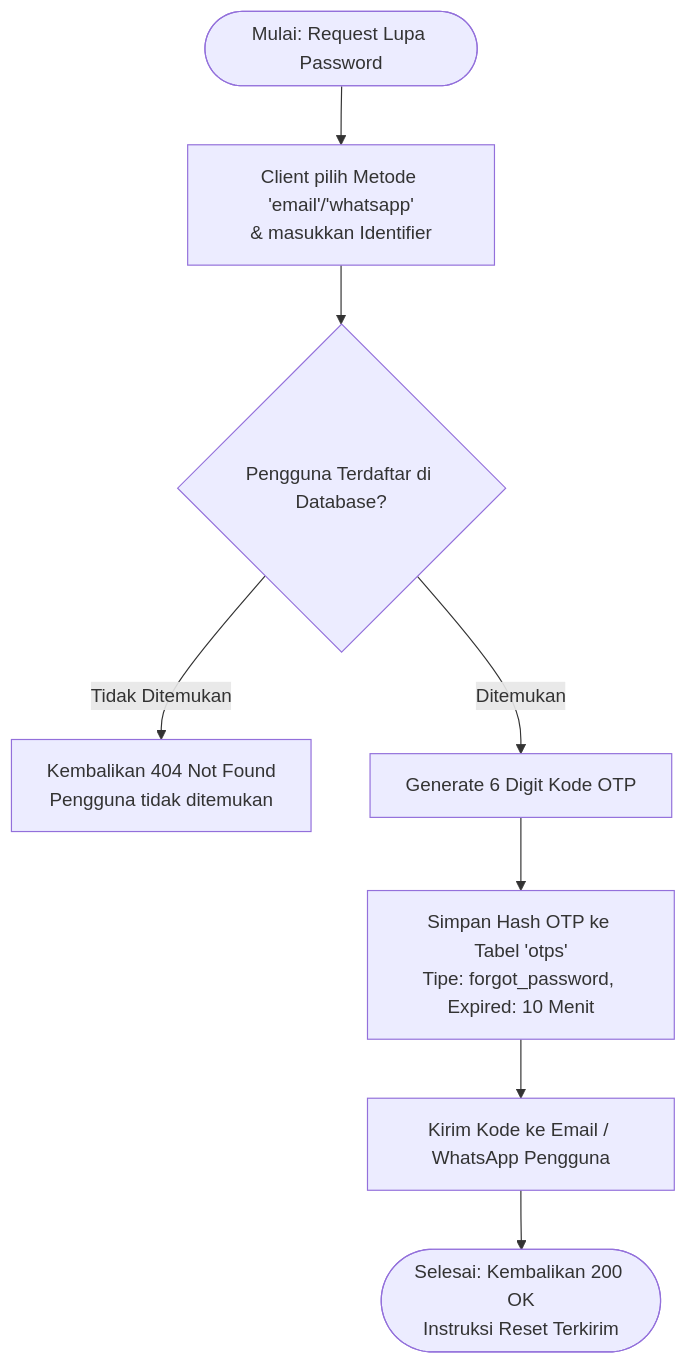
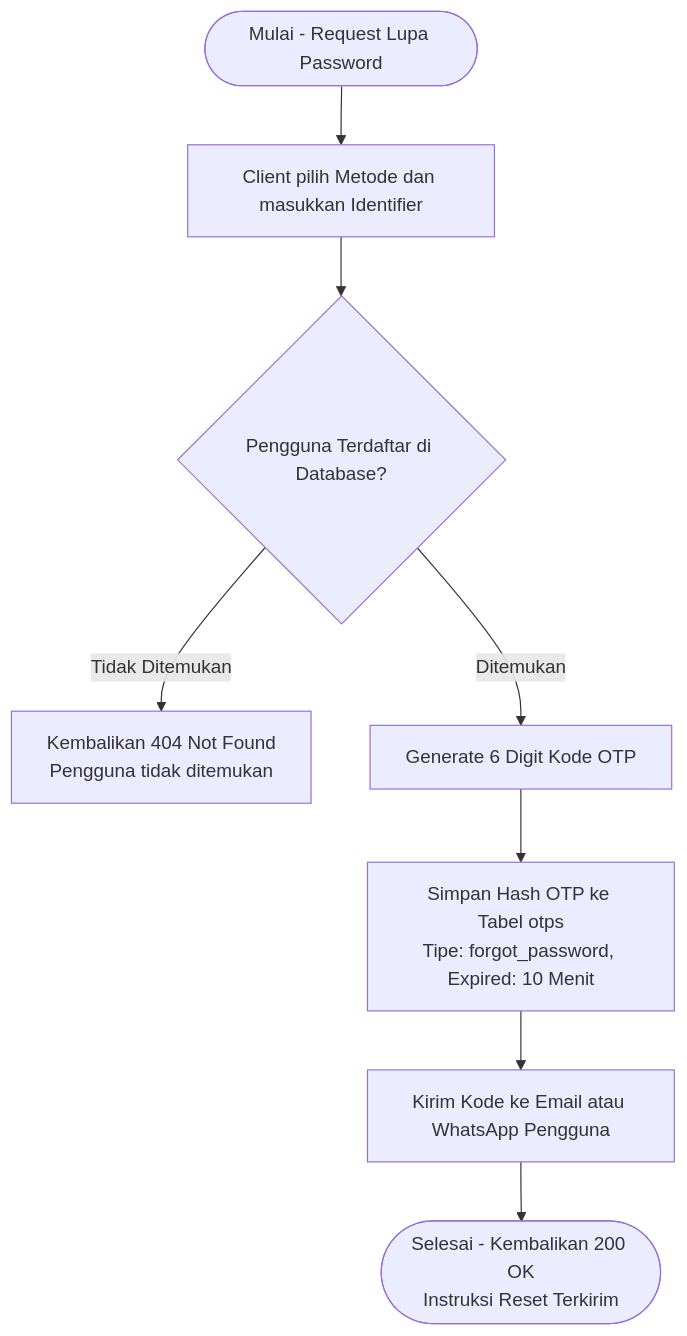
The eighth of 10 diagrams in README.md (nabilkencana/Laravel-UKL), drawn with Mermaid before and after one commit. The commit also changed other lines of this file, not shown here.

Commit message:
Update README.md; improve clarity in sequence diagrams and flowcharts for user authentication processes

````diff
--- a/README.md
+++ b/README.md
@@ -442,10 +441,10 @@
 ```mermaid
 flowchart TD
-    A([Mulai: Request Lupa Password]) --> B[Client pilih Metode 'email'/'whatsapp'<br/>& masukkan Identifier]
-    B --> C{Pengguna Terdaftar di Database?}
-    C -- Tidak Ditemukan --> D[Kembalikan 404 Not Found<br/>Pengguna tidak ditemukan]
-    C -- Ditemukan --> E[Generate 6 Digit Kode OTP]
-    E --> F[Simpan Hash OTP ke Tabel 'otps'<br/>Tipe: forgot_password, Expired: 10 Menit]
-    F --> G[Kirim Kode ke Email / WhatsApp Pengguna]
-    G --> H([Selesai: Kembalikan 200 OK<br/>Instruksi Reset Terkirim])
+    A(["Mulai - Request Lupa Password"]) --> B["Client pilih Metode dan masukkan Identifier"]
+    B --> C{"Pengguna Terdaftar di Database?"}
+    C -- Tidak Ditemukan --> D["Kembalikan 404 Not Found<br/>Pengguna tidak ditemukan"]
+    C -- Ditemukan --> E["Generate 6 Digit Kode OTP"]
+    E --> F["Simpan Hash OTP ke Tabel otps<br/>Tipe: forgot_password, Expired: 10 Menit"]
+    F --> G["Kirim Kode ke Email atau WhatsApp Pengguna"]
+    G --> H(["Selesai - Kembalikan 200 OK<br/>Instruksi Reset Terkirim"])
 ```
````
